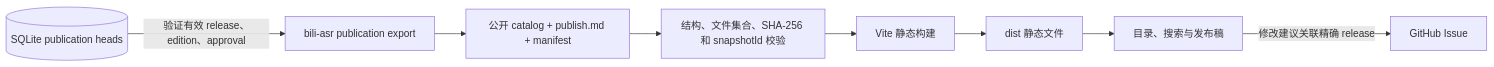
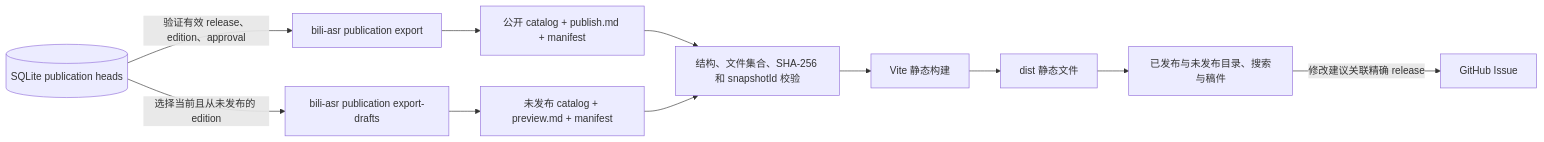
One commit to SuperCatQR/markdown-reading-site changed the diagram in README.md. Above: the diagram before and after it, drawn with Mermaid. The commit also changed other lines of this file and 14 other files, not shown here.

````diff
--- a/README.md
+++ b/README.md
@@ -10,10 +10,13 @@
 ```mermaid
 flowchart LR
   db[(SQLite publication heads)] -->|验证有效 release、edition、approval| exporter[bili-asr publication export]
   exporter --> content[公开 catalog + publish.md + manifest]
+  db -->|选择当前且从未发布的 edition| draftExporter[bili-asr publication export-drafts]
+  draftExporter --> drafts[未发布 catalog + preview.md + manifest]
   content --> validate[结构、文件集合、SHA-256 和 snapshotId 校验]
+  drafts --> validate
   validate --> vite[Vite 静态构建]
   vite --> dist[dist 静态文件]
-  dist --> browser[目录、搜索与发布稿]
+  dist --> browser[已发布与未发布目录、搜索与稿件]
   browser -->|修改建议关联精确 release| issue[GitHub Issue]
 ```
````
